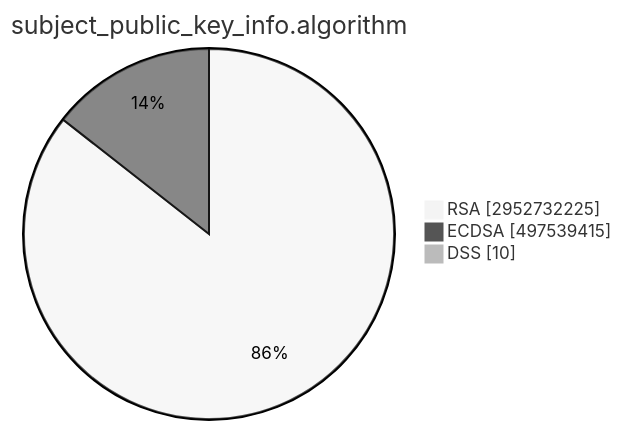
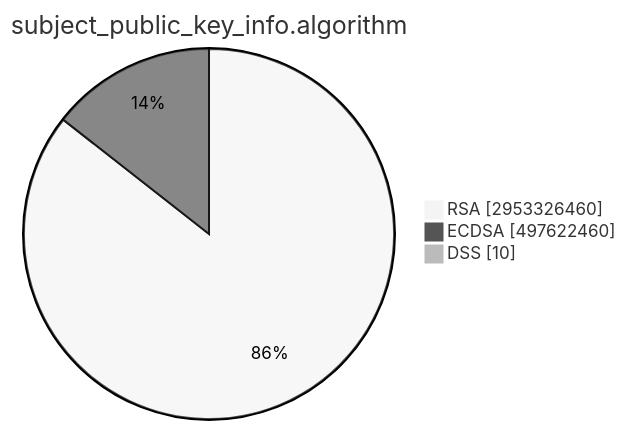
Before and after one commit to christiankrug/ctmonitor_visualization: the second of 15 diagrams in TOTAL/README.md, drawn with Mermaid (neutral theme). The commit also changed other lines of this file, not shown here.

````diff
--- a/TOTAL/README.md
+++ b/TOTAL/README.md
@@ -6,7 +6,7 @@
 ```mermaid
 pie showData
 title subject_public_key_info.algorithm
-"RSA" :2952732225
-"ECDSA" :497539415
+"RSA" :2953326460
+"ECDSA" :497622460
 "DSS" :10
 ```
````
